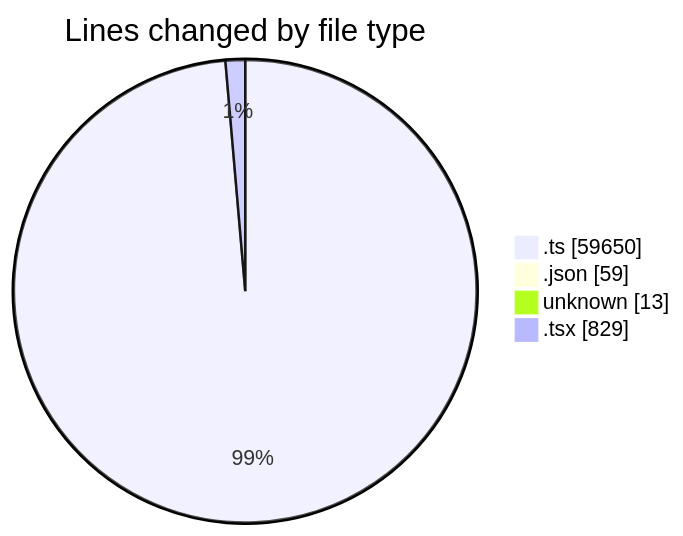
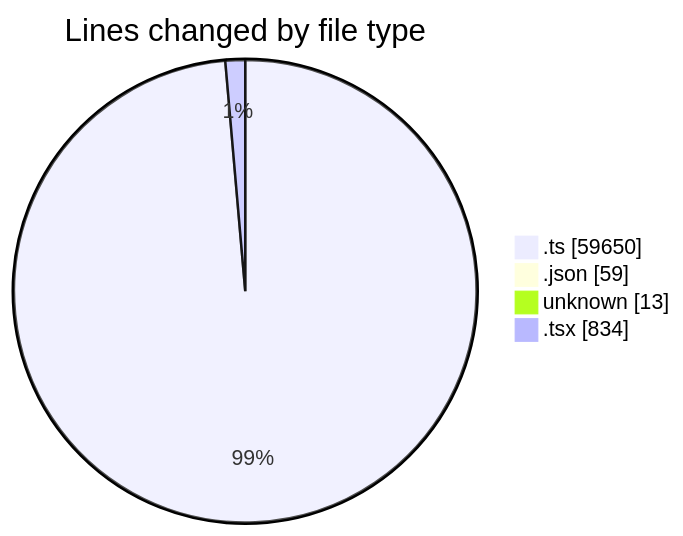
The first of 2 diagrams in 2025-09-09/cda/README.md (momahboobian/code-tracking), drawn with Mermaid before and after one commit. The commit also changed other lines of this file and 1 other file, not shown here.

````diff
--- a/2025-09-09/cda/README.md
+++ b/2025-09-09/cda/README.md
@@ -120,8 +120,8 @@
 ```mermaid
 pie showData
 title Lines changed by file type
 ".ts" : 59650
 ".json" : 59
 "unknown" : 13
-".tsx" : 829
+".tsx" : 834
 ```
````
